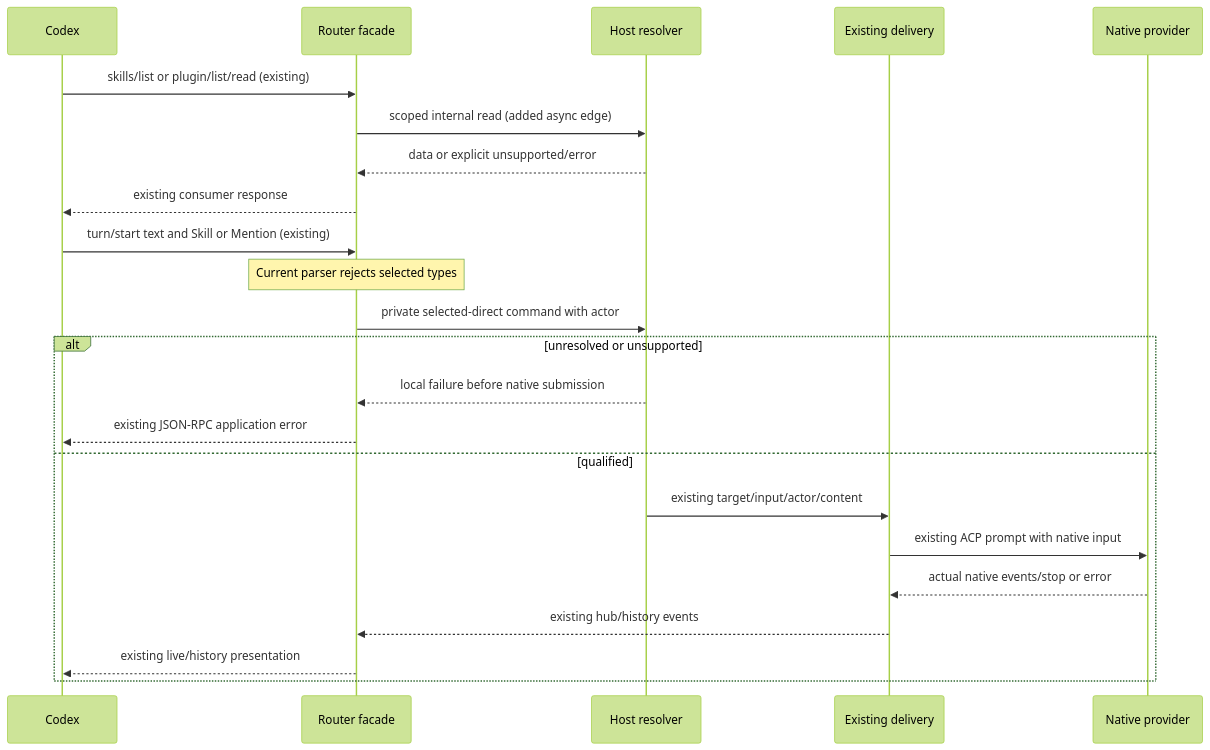
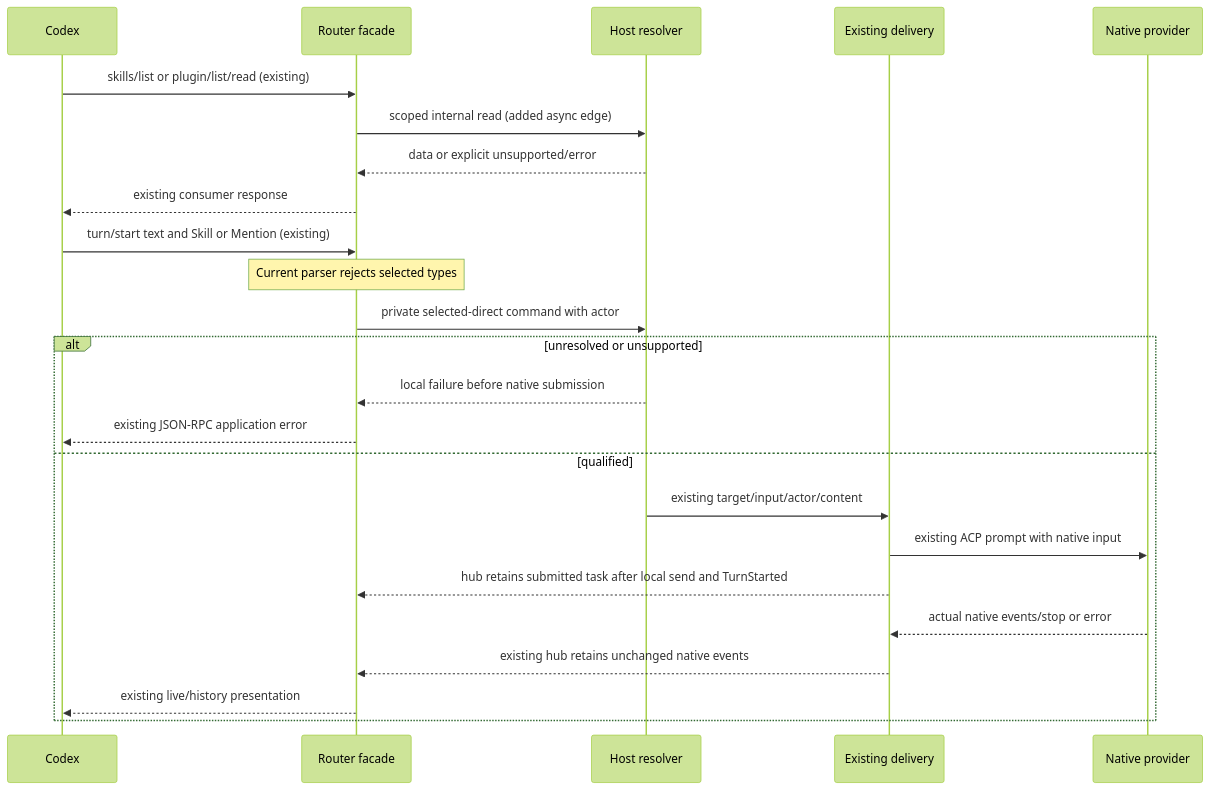
The second of 3 diagrams in docs/specs/2026-10-23-provider-native-capabilities/program-design.md (agent-collaboration/agent-collaboration), drawn with Mermaid (forest theme) before and after one commit. The commit also changed other lines of this file and 7 other files, not shown here.

````diff
--- a/docs/specs/2026-10-23-provider-native-capabilities/program-design.md
+++ b/docs/specs/2026-10-23-provider-native-capabilities/program-design.md
@@ -246,25 +247,26 @@
 ```mermaid
 sequenceDiagram
   participant C as Codex
   participant F as Router facade
   participant H as Host resolver
   participant D as Existing delivery
   participant N as Native provider
   C->>F: skills/list or plugin/list/read (existing)
   F->>H: scoped internal read (added async edge)
   H-->>F: data or explicit unsupported/error
   F-->>C: existing consumer response
   C->>F: turn/start text and Skill or Mention (existing)
   Note over F: Current parser rejects selected types
   F->>H: private selected-direct command with actor
   alt unresolved or unsupported
     H-->>F: local failure before native submission
     F-->>C: existing JSON-RPC application error
   else qualified
     H->>D: existing target/input/actor/content
     D->>N: existing ACP prompt with native input
+    D-->>F: hub retains submitted task after local send and TurnStarted
     N-->>D: actual native events/stop or error
-    D-->>F: existing hub/history events
+    D-->>F: existing hub retains unchanged native events
     F-->>C: existing live/history presentation
   end
 ```
````
